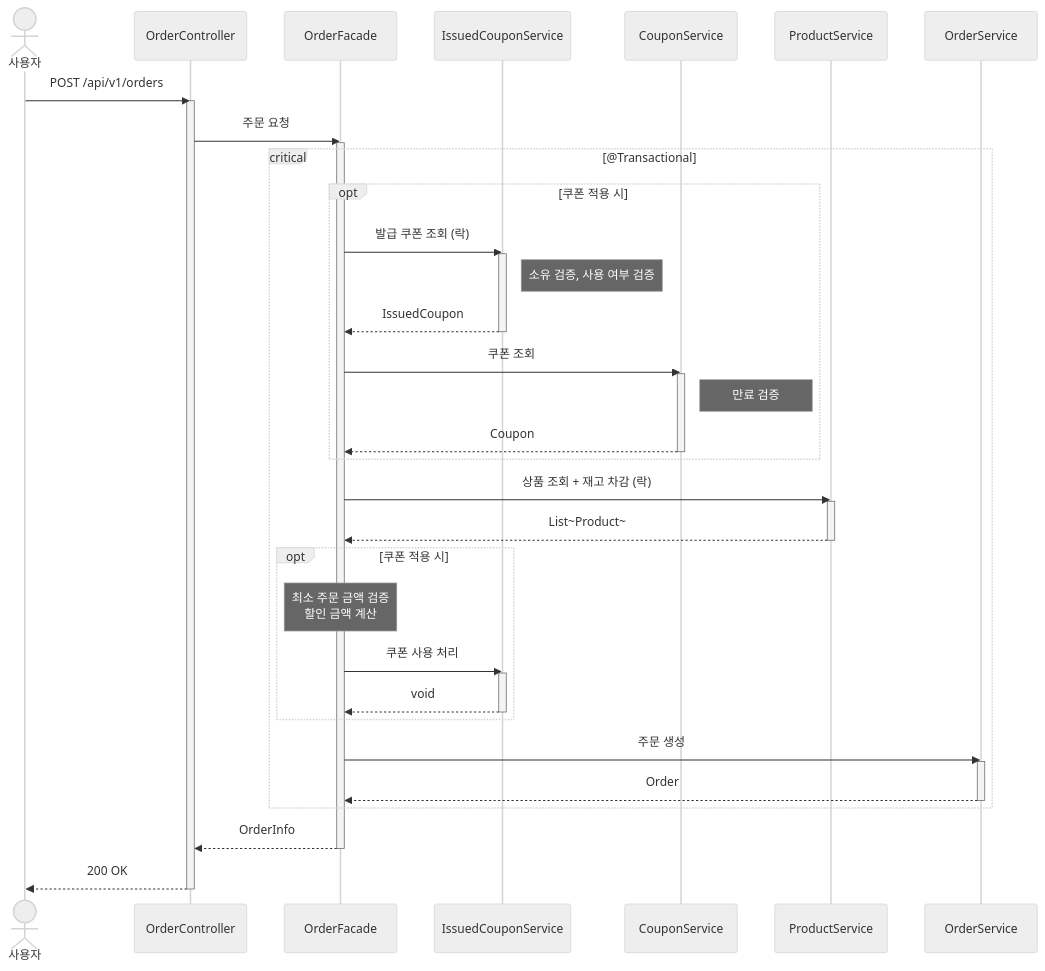
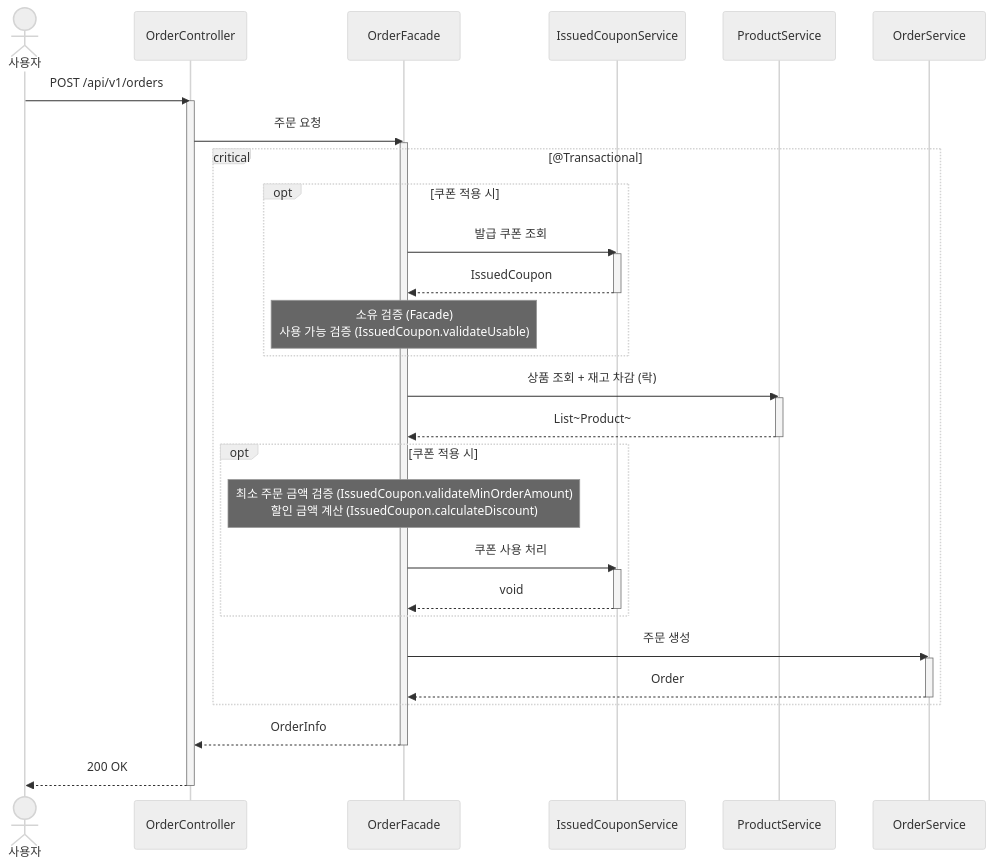
Before and after one commit to Loopers-dev-lab/loop-pack-be-l2-vol3-java: the diagram in docs/design/order/sequences/001-order-create.md, drawn with Mermaid (neutral theme). The commit also changed other lines of this file and 12 other files, not shown here.

Commit message:
refactor: IssuedCoupon에 Coupon 스냅샷 필드 도입, OrderFacade CouponService 의존 제거

````diff
--- a/docs/design/order/sequences/001-order-create.md
+++ b/docs/design/order/sequences/001-order-create.md
@@ -8,54 +8,48 @@
 ```mermaid
 sequenceDiagram
     actor 사용자
     participant OC as OrderController
     participant OF as OrderFacade
     participant ICS as IssuedCouponService
-    participant CS as CouponService
     participant PS as ProductService
     participant OS as OrderService
 
     사용자->>OC: POST /api/v1/orders
     activate OC
     OC->>OF: 주문 요청
     activate OF
 
     critical @Transactional
         opt 쿠폰 적용 시
-            OF->>ICS: 발급 쿠폰 조회 (락)
+            OF->>ICS: 발급 쿠폰 조회
             activate ICS
-            Note right of ICS: 소유 검증, 사용 여부 검증
             ICS-->>OF: IssuedCoupon
             deactivate ICS
 
-            OF->>CS: 쿠폰 조회
-            activate CS
-            Note right of CS: 만료 검증
-            CS-->>OF: Coupon
-            deactivate CS
+            Note over OF: 소유 검증 (Facade)<br/>사용 가능 검증 (IssuedCoupon.validateUsable)
         end
 
         OF->>PS: 상품 조회 + 재고 차감 (락)
         activate PS
         PS-->>OF: List~Product~
         deactivate PS
 
         opt 쿠폰 적용 시
-            Note over OF: 최소 주문 금액 검증<br/>할인 금액 계산
+            Note over OF: 최소 주문 금액 검증 (IssuedCoupon.validateMinOrderAmount)<br/>할인 금액 계산 (IssuedCoupon.calculateDiscount)
             OF->>ICS: 쿠폰 사용 처리
             activate ICS
             ICS-->>OF: void
             deactivate ICS
         end
 
         OF->>OS: 주문 생성
         activate OS
         OS-->>OF: Order
         deactivate OS
     end
 
     OF-->>OC: OrderInfo
     deactivate OF
     OC-->>사용자: 200 OK
     deactivate OC
 ```
````
